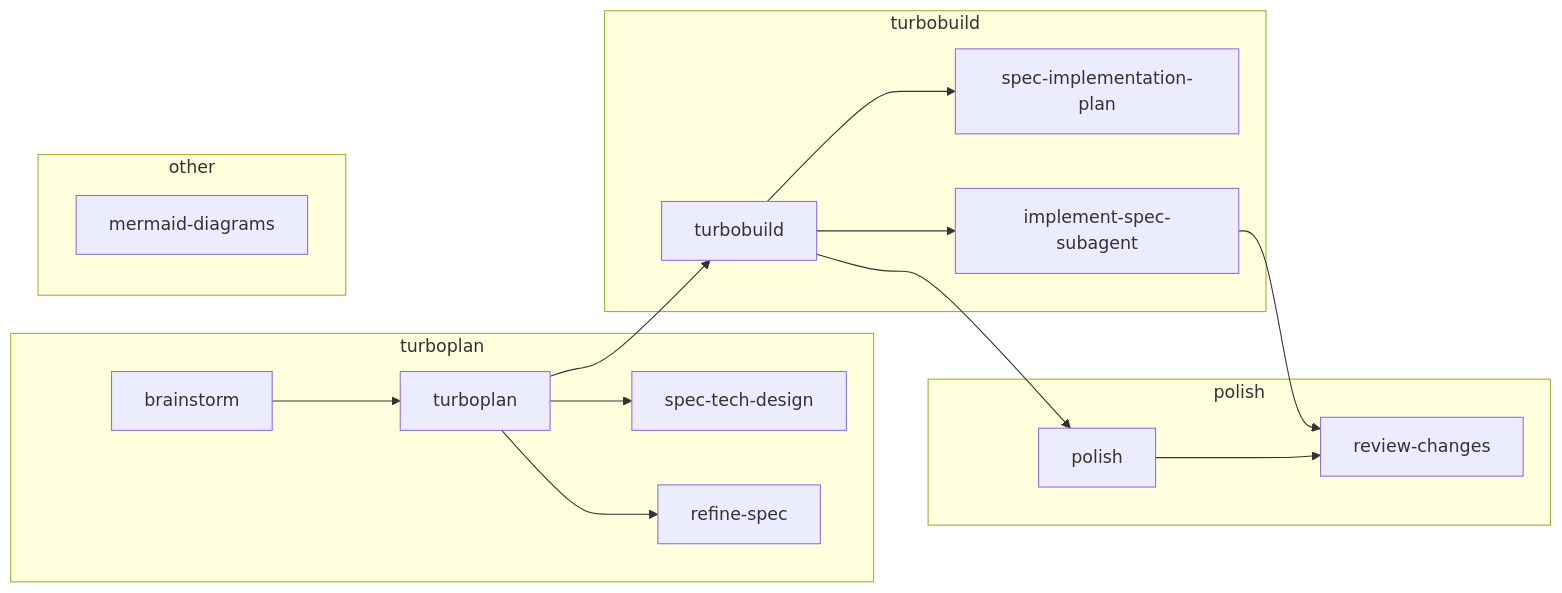
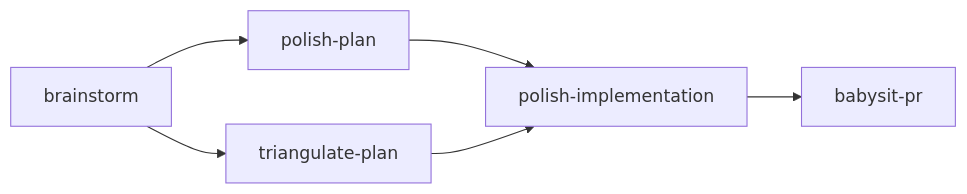
Before and after one commit to rstacruz/agentic-toolkit: the diagram in docs/skills.md, drawn with Mermaid. The commit also changed other lines of this file and 24 other files, not shown here.

````diff
--- a/docs/skills.md
+++ b/docs/skills.md
@@ -5,31 +5,8 @@
 ```mermaid
 graph LR
-  brainstorm --> turboplan["turboplan"]
-  turboplan --> spectech["spec-tech-design"]
-  turboplan --> refinespec["refine-spec"]
-  turboplan --> turbobuild["turbobuild"]
-  turbobuild --> specimpl["spec-implementation-plan"]
-  turbobuild --> implsubagent["implement-spec-subagent"]
-  turbobuild --> polish
-  implsubagent --> reviewchanges["review-changes"]
-  polish["polish"] --> reviewchanges
-
-  subgraph turboplan_group["turboplan"]
-    brainstorm
-    turboplan
-    spectech
-    refinespec
-  end
-  subgraph turbobuild_group["turbobuild"]
-    turbobuild
-    specimpl
-    implsubagent
-  end
-  subgraph polish_group["polish"]
-    polish
-    reviewchanges
-  end
-  subgraph other_group["other"]
-    mermaid["mermaid-diagrams"]
-  end
+  brainstorm --> polish_plan["polish-plan"]
+  brainstorm --> triangulate_plan["triangulate-plan"]
+  polish_plan --> polish_implementation["polish-implementation"]
+  triangulate_plan --> polish_implementation
+  polish_implementation --> babysit_pr["babysit-pr"]
 ```
````
